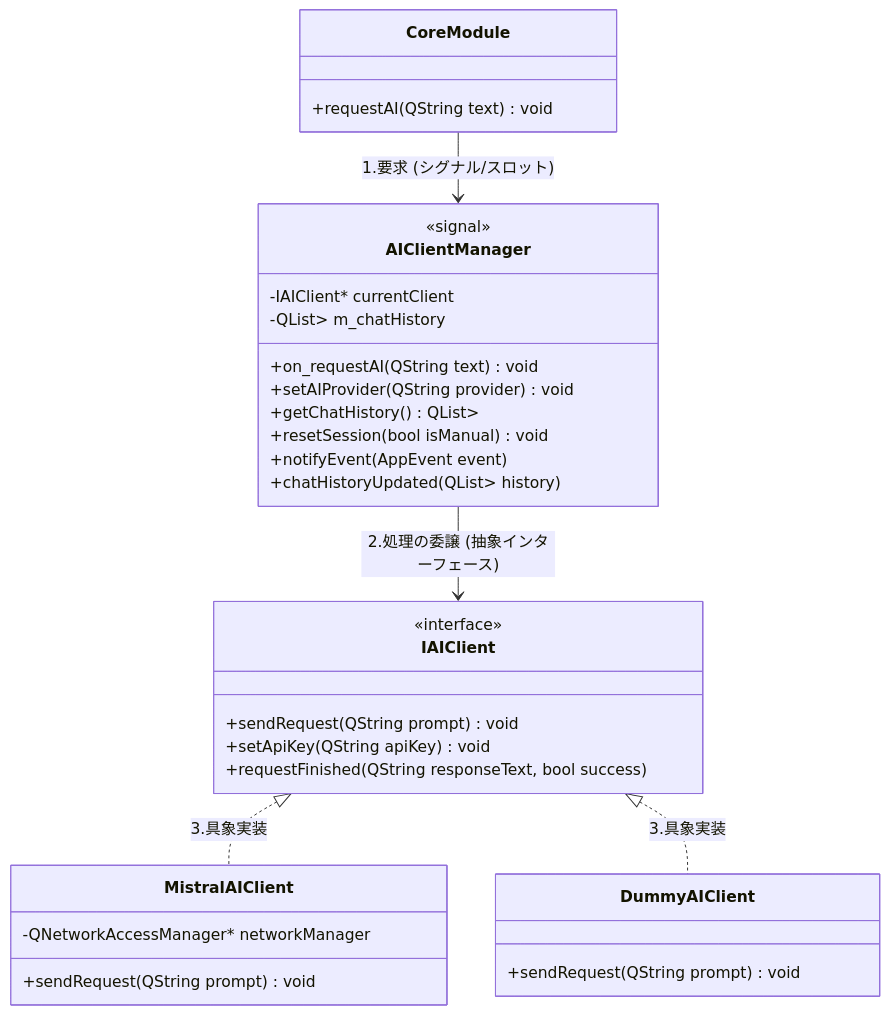
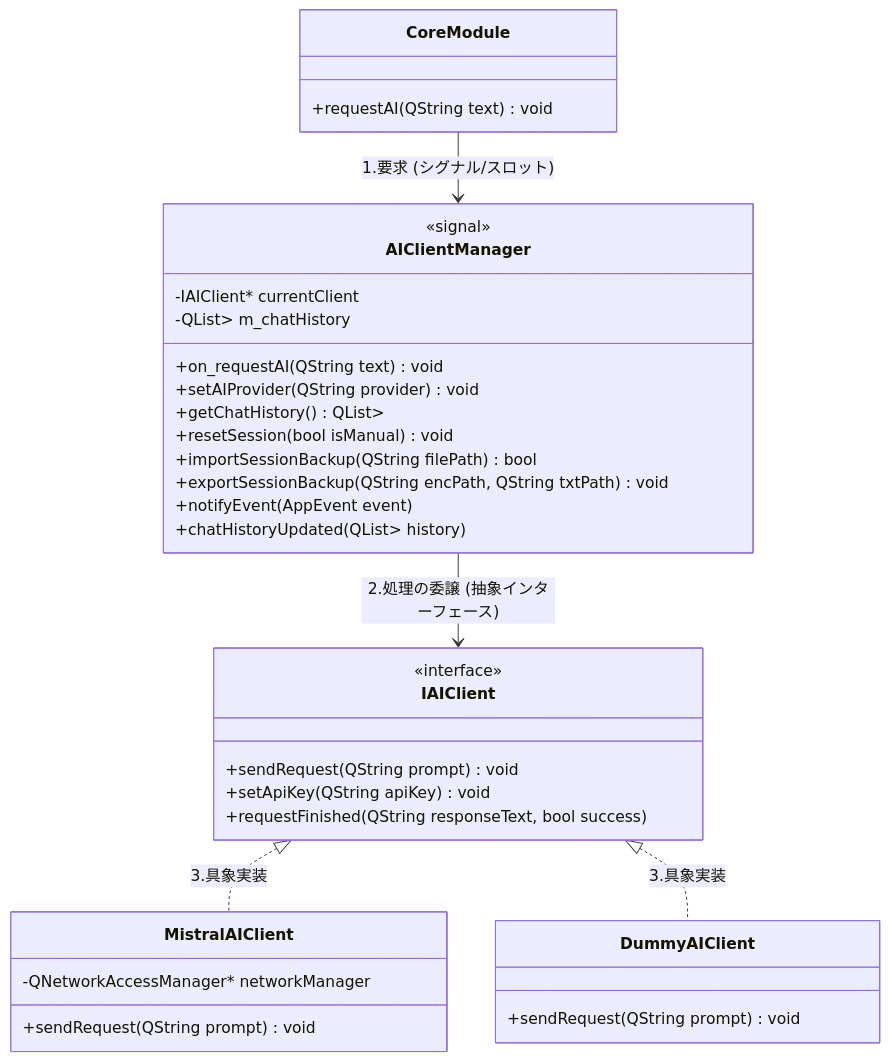
The third of 9 diagrams in doc/BasicDesign.md (BLUE000/AiAssistantAvatar), drawn with Mermaid before and after one commit. The commit also changed other lines of this file and 5 other files, not shown here.

Commit message:
docs: Update specifications to support conversation history import/export and markdown context memory

````diff
--- a/doc/BasicDesign.md
+++ b/doc/BasicDesign.md
@@ -119,36 +119,38 @@
 ```mermaid
 classDiagram
     class CoreModule {
         +requestAI(QString text) void
     }
     class AIClientManager {
         -IAIClient* currentClient
         -QList<QPair<QString, QString>> m_chatHistory
         +on_requestAI(QString text) void
         +setAIProvider(QString provider) void
         +getChatHistory() QList<QPair<QString, QString>>
         +resetSession(bool isManual) void
+        +importSessionBackup(QString filePath) bool
+        +exportSessionBackup(QString encPath, QString txtPath) void
         <<signal>>
         +notifyEvent(AppEvent event)
         +chatHistoryUpdated(QList<QPair<QString, QString>> history)
     }
     class IAIClient {
         <<interface>>
         +sendRequest(QString prompt) void
         +setApiKey(QString apiKey) void
         <<signal>>
         +requestFinished(QString responseText, bool success)
     }
     class MistralAIClient {
         -QNetworkAccessManager* networkManager
         +sendRequest(QString prompt) void
     }
     class DummyAIClient {
         +sendRequest(QString prompt) void
     }
 
     CoreModule --> AIClientManager : 1.要求 (シグナル/スロット)
     AIClientManager --> IAIClient : 2.処理の委譲 (抽象インターフェース)
     IAIClient <|.. MistralAIClient : 3.具象実装
     IAIClient <|.. DummyAIClient : 3.具象実装
 ```
````
